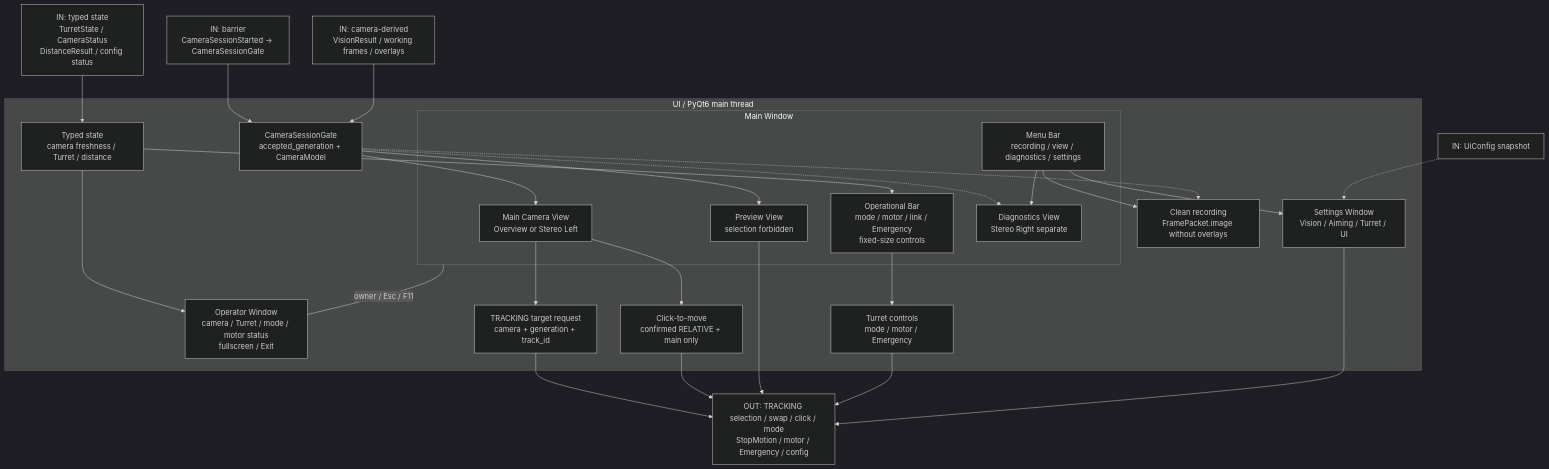
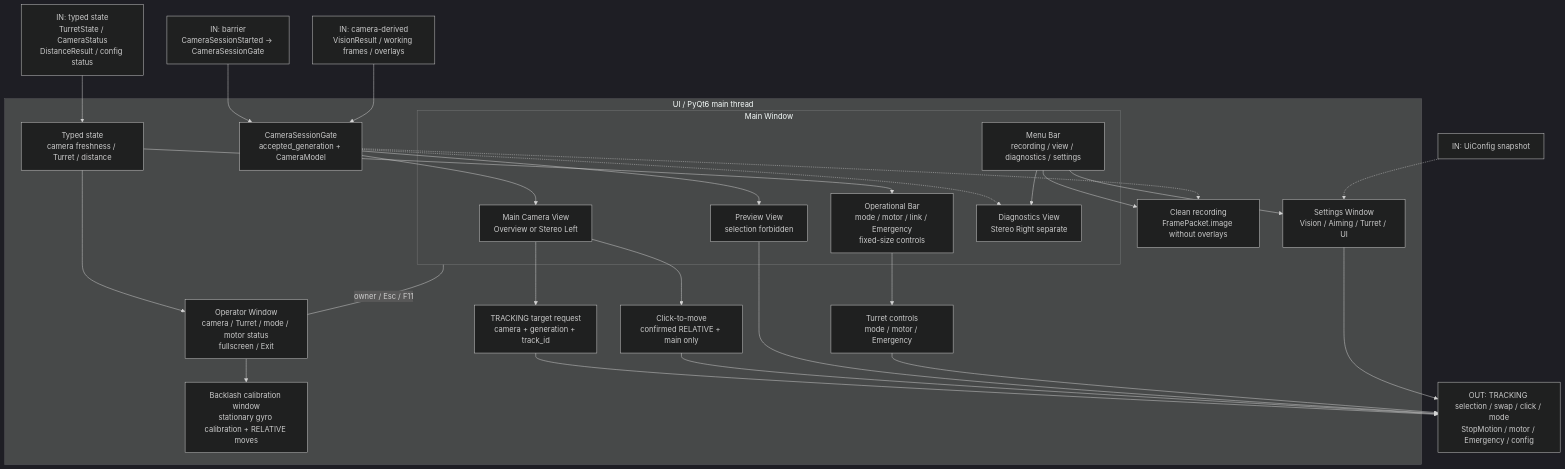
One commit to BelkaT4/navmin changed the diagram in docs/dev/diagrams/ui-diagram.mmd. Above: the diagram before and after it, drawn with Mermaid (dark theme). The commit also changed 25 other files, not shown here.

Commit message:
feat(turret): add standalone gyro-based backlash calibration

```diff
--- a/docs/dev/diagrams/ui-diagram.mmd
+++ b/docs/dev/diagrams/ui-diagram.mmd
@@ -1,54 +1,56 @@
 flowchart TB
   flag_vision_in["IN: camera-derived<br/>VisionResult / working frames / overlays"]
   flag_session_in["IN: barrier<br/>CameraSessionStarted → CameraSessionGate"]
   flag_state_in["IN: typed state<br/>TurretState / CameraStatus<br/>DistanceResult / config status"]
   flag_core_out["OUT: TRACKING selection / swap / click / mode<br/>StopMotion / motor / Emergency / config"]
   flag_config_in["IN: UiConfig snapshot"]
 
   subgraph ui["UI / PyQt6 main thread"]
     session_gate["CameraSessionGate<br/>accepted_generation + CameraModel"]
 
     subgraph main_window["Main Window"]
       main_view["Main Camera View<br/>Overview or Stereo Left"]
       preview_view["Preview View<br/>selection forbidden"]
       top_bar["Menu Bar<br/>recording / view / diagnostics / settings"]
       bottom_bar["Operational Bar<br/>mode / motor / link / Emergency<br/>fixed-size controls"]
       diagnostics["Diagnostics View<br/>Stereo Right separate"]
     end
 
     settings["Settings Window<br/>Vision / Aiming / Turret / UI"]
     operator_window["Operator Window<br/>camera / Turret / mode / motor status<br/>fullscreen / Exit"]
+    backlash_wizard["Backlash calibration window<br/>stationary gyro calibration + RELATIVE moves"]
     selection["TRACKING target request<br/>camera + generation + track_id"]
     click_move["Click-to-move<br/>confirmed RELATIVE + main only"]
     turret_controls["Turret controls<br/>mode / motor / Emergency"]
     recording["Clean recording<br/>FramePacket.image without overlays"]
     state_view["Typed state<br/>camera freshness / Turret / distance"]
   end
 
   flag_session_in --> session_gate
   flag_vision_in --> session_gate
   session_gate --> main_view
   session_gate --> preview_view
   session_gate -.-> diagnostics
   session_gate -.-> recording
   flag_state_in --> state_view
   state_view --> operator_window
   main_window ---|"owner / Esc / F11"| operator_window
+  operator_window --> backlash_wizard
 
   main_view --> selection
   main_view --> click_move
   selection --> flag_core_out
   click_move --> flag_core_out
 
   preview_view --> flag_core_out
   top_bar --> settings
   top_bar --> diagnostics
   top_bar --> recording
   bottom_bar --> turret_controls
   turret_controls --> flag_core_out
   settings --> flag_core_out
   flag_config_in -.-> settings
   state_view --> bottom_bar
-%% graph:positions {"ui":{"x":130,"y":110,"w":1100,"h":900},"main_window":{"x":157,"y":190,"w":726,"h":354},"flag_vision_in":{"x":456,"y":-36},"flag_session_in":{"x":664,"y":-36},"flag_state_in":{"x":1284,"y":401,"w":160,"h":93},"flag_core_out":{"x":624,"y":1092,"w":160,"h":114},"flag_config_in":{"x":1284,"y":732},"session_gate":{"x":430,"y":70},"main_view":{"x":273,"y":36},"preview_view":{"x":485,"y":36},"top_bar":{"x":529,"y":252},"bottom_bar":{"x":529,"y":120},"diagnostics":{"x":69,"y":36},"settings":{"x":854,"y":622},"operator_window":{"x":886,"y":86,"w":220,"h":96},"selection":{"x":110,"y":598,"w":160,"h":78},"click_move":{"x":302,"y":622},"turret_controls":{"x":486,"y":598,"w":160,"h":78},"recording":{"x":166,"y":70},"state_view":{"x":914,"y":310}}
+%% graph:positions {"ui":{"x":130,"y":110,"w":1100,"h":900},"main_window":{"x":157,"y":190,"w":726,"h":354},"flag_vision_in":{"x":456,"y":-36},"flag_session_in":{"x":664,"y":-36},"flag_state_in":{"x":1284,"y":401,"w":160,"h":93},"flag_core_out":{"x":624,"y":1092,"w":160,"h":114},"flag_config_in":{"x":1284,"y":732},"session_gate":{"x":430,"y":70},"main_view":{"x":273,"y":36},"preview_view":{"x":485,"y":36},"top_bar":{"x":529,"y":252},"bottom_bar":{"x":529,"y":120},"diagnostics":{"x":69,"y":36},"settings":{"x":854,"y":622},"operator_window":{"x":886,"y":86,"w":220,"h":96},"backlash_wizard":{"x":886,"y":210,"w":260,"h":90},"selection":{"x":110,"y":598,"w":160,"h":78},"click_move":{"x":302,"y":622},"turret_controls":{"x":486,"y":598,"w":160,"h":78},"recording":{"x":166,"y":70},"state_view":{"x":914,"y":310}}
 %% graph:edges {"flag_session_in>session_gate":{"label":[60,-10]},"flag_vision_in>session_gate":{"label":[70,20]},"session_gate>main_view":{"label":[-20,-20]},"session_gate>preview_view":{"label":[25,-20]},"flag_state_in>state_view":{"label":[60,5]},"state_view>operator_window":{"label":[55,-15]},"main_window>operator_window":{"label":[42,-20]},"main_view>selection":{"label":[-30,55]},"main_view>click_move":{"label":[15,65]},"selection>flag_core_out":{"label":[80,10]},"click_move>flag_core_out":{"label":[70,25]},"turret_controls>flag_core_out":{"label":[45,-25]},"settings>flag_core_out":{"label":[85,45]}}
 %% graph:waypoints {"main_view>selection":[[346,428]],"selection>flag_core_out":[[320,847]],"click_move>flag_core_out":[[512,828]],"settings>flag_core_out":[[1064,867]]}
```
